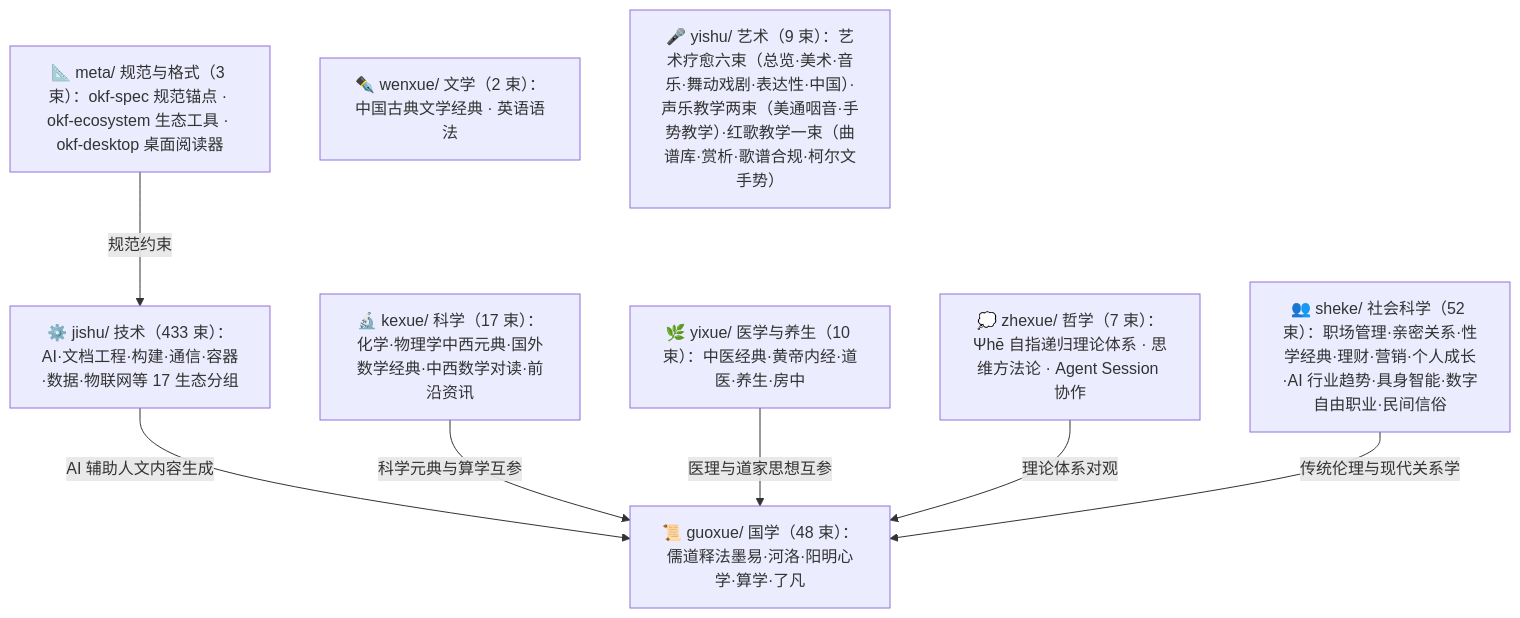
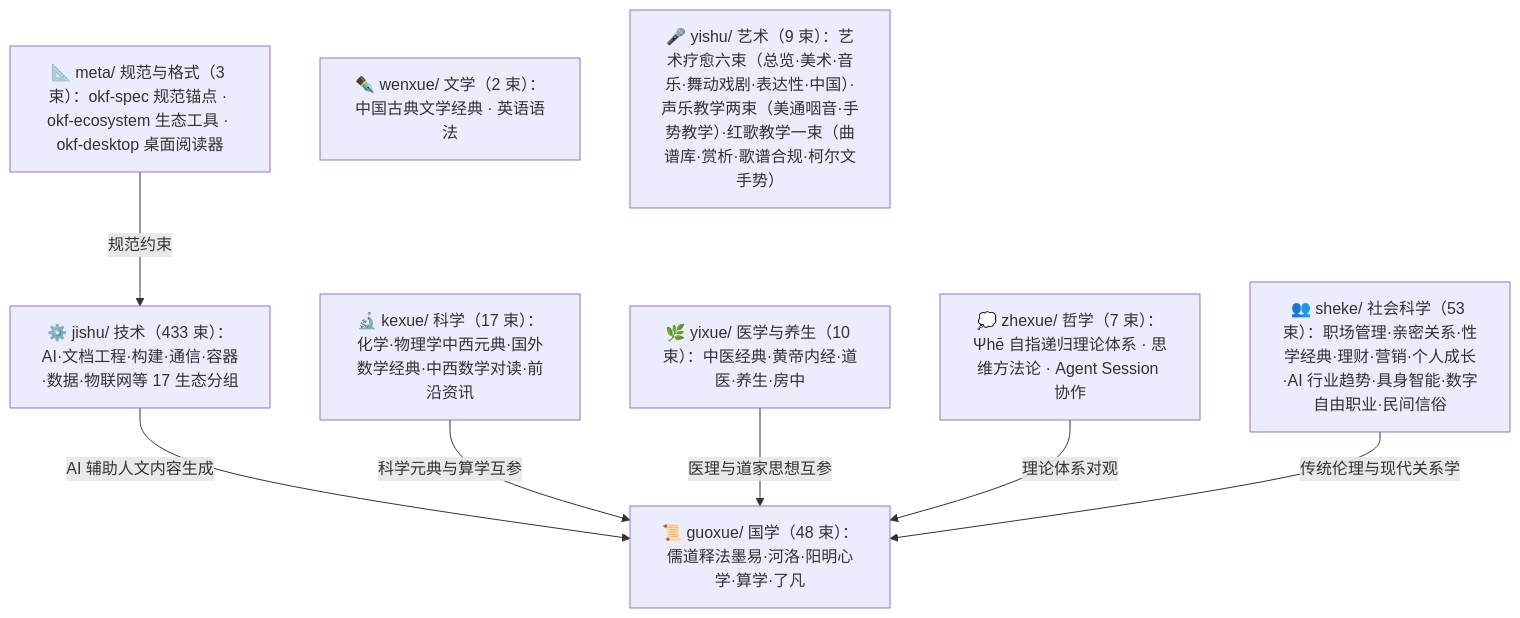
The diagram in doc/bundles/index.md (awesome-flexloop/awesome-okf), drawn with Mermaid before and after one commit. The commit also changed other lines of this file and 21 other files, not shown here.

````diff
--- a/doc/bundles/index.md
+++ b/doc/bundles/index.md
@@ -21,18 +21,18 @@
 ```mermaid
 flowchart TD
     meta["📐 meta/ 规范与格式（3 束）：okf-spec 规范锚点 · okf-ecosystem 生态工具 · okf-desktop 桌面阅读器"]
     guoxue["📜 guoxue/ 国学（48 束）：儒道释法墨易·河洛·阳明心学·算学·了凡"]
     zhexue["💭 zhexue/ 哲学（7 束）：Ψhē 自指递归理论体系 · 思维方法论 · Agent Session 协作"]
     kexue["🔬 kexue/ 科学（17 束）：化学·物理学中西元典·国外数学经典·中西数学对读·前沿资讯"]
     wenxue["✒️ wenxue/ 文学（2 束）：中国古典文学经典 · 英语语法"]
     yixue["🌿 yixue/ 医学与养生（10 束）：中医经典·黄帝内经·道医·养生·房中"]
-    sheke["👥 sheke/ 社会科学（52 束）：职场管理·亲密关系·性学经典·理财·营销·个人成长·AI 行业趋势·具身智能·数字自由职业·民间信俗"]
+    sheke["👥 sheke/ 社会科学（53 束）：职场管理·亲密关系·性学经典·理财·营销·个人成长·AI 行业趋势·具身智能·数字自由职业·民间信俗"]
     yishu["🎤 yishu/ 艺术（9 束）：艺术疗愈六束（总览·美术·音乐·舞动戏剧·表达性·中国）·声乐教学两束（美通咽音·手势教学）·红歌教学一束（曲谱库·赏析·歌谱合规·柯尔文手势）"]
     jishu["⚙️ jishu/ 技术（433 束）：AI·文档工程·构建·通信·容器·数据·物联网等 17 生态分组"]
     meta -->|"规范约束"| jishu
     jishu -->|"AI 辅助人文内容生成"| guoxue
     kexue -->|"科学元典与算学互参"| guoxue
     yixue -->|"医理与道家思想互参"| guoxue
     zhexue -->|"理论体系对观"| guoxue
     sheke -->|"传统伦理与现代关系学"| guoxue
 ```
````
